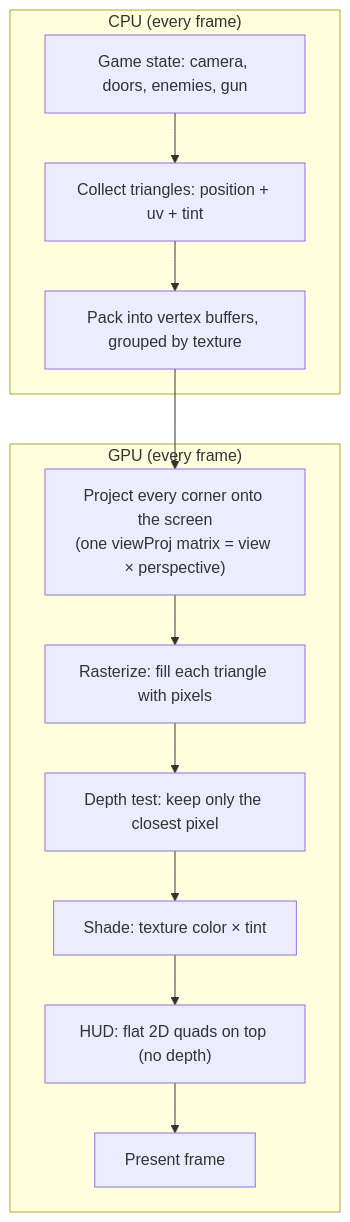
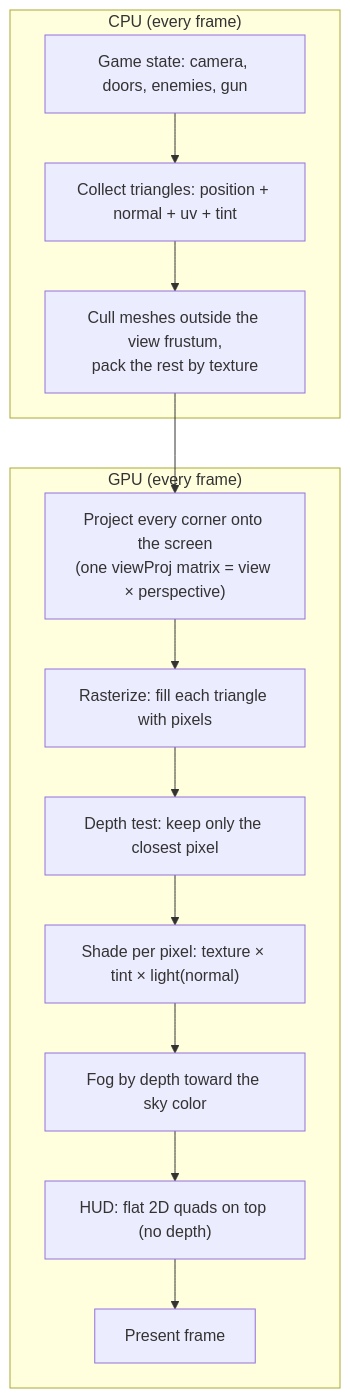
The diagram in docs/rendering.md (ioma8/3drend), drawn with Mermaid before and after one commit. The commit also changed other lines of this file and 4 other files, not shown here.

Commit message:
Add per-pixel lighting, depth fog, and frustum culling

````diff
--- a/docs/rendering.md
+++ b/docs/rendering.md
@@ -36,19 +48,20 @@
 ```mermaid
 flowchart TD
     subgraph cpu["CPU (every frame)"]
         A["Game state: camera, doors, enemies, gun"]
-        B["Collect triangles: position + uv + tint"]
-        C["Pack into vertex buffers, grouped by texture"]
+        B["Collect triangles: position + normal + uv + tint"]
+        C["Cull meshes outside the view frustum,<br>pack the rest by texture"]
         A --> B --> C
     end
     subgraph gpu["GPU (every frame)"]
         D["Project every corner onto the screen<br>(one viewProj matrix = view × perspective)"]
         E["Rasterize: fill each triangle with pixels"]
         F["Depth test: keep only the closest pixel"]
-        G["Shade: texture color × tint"]
-        H["HUD: flat 2D quads on top (no depth)"]
-        I["Present frame"]
-        D --> E --> F --> G --> H --> I
+        G["Shade per pixel: texture × tint × light(normal)"]
+        H["Fog by depth toward the sky color"]
+        I["HUD: flat 2D quads on top (no depth)"]
+        J["Present frame"]
+        D --> E --> F --> G --> H --> I --> J
     end
     C --> D
 ```
````
